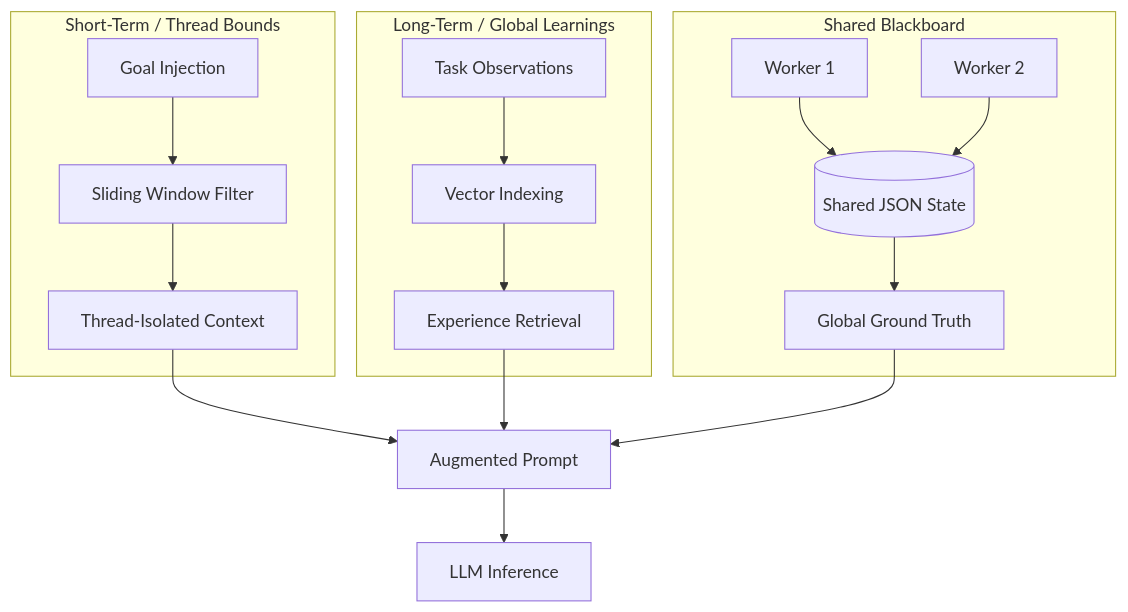
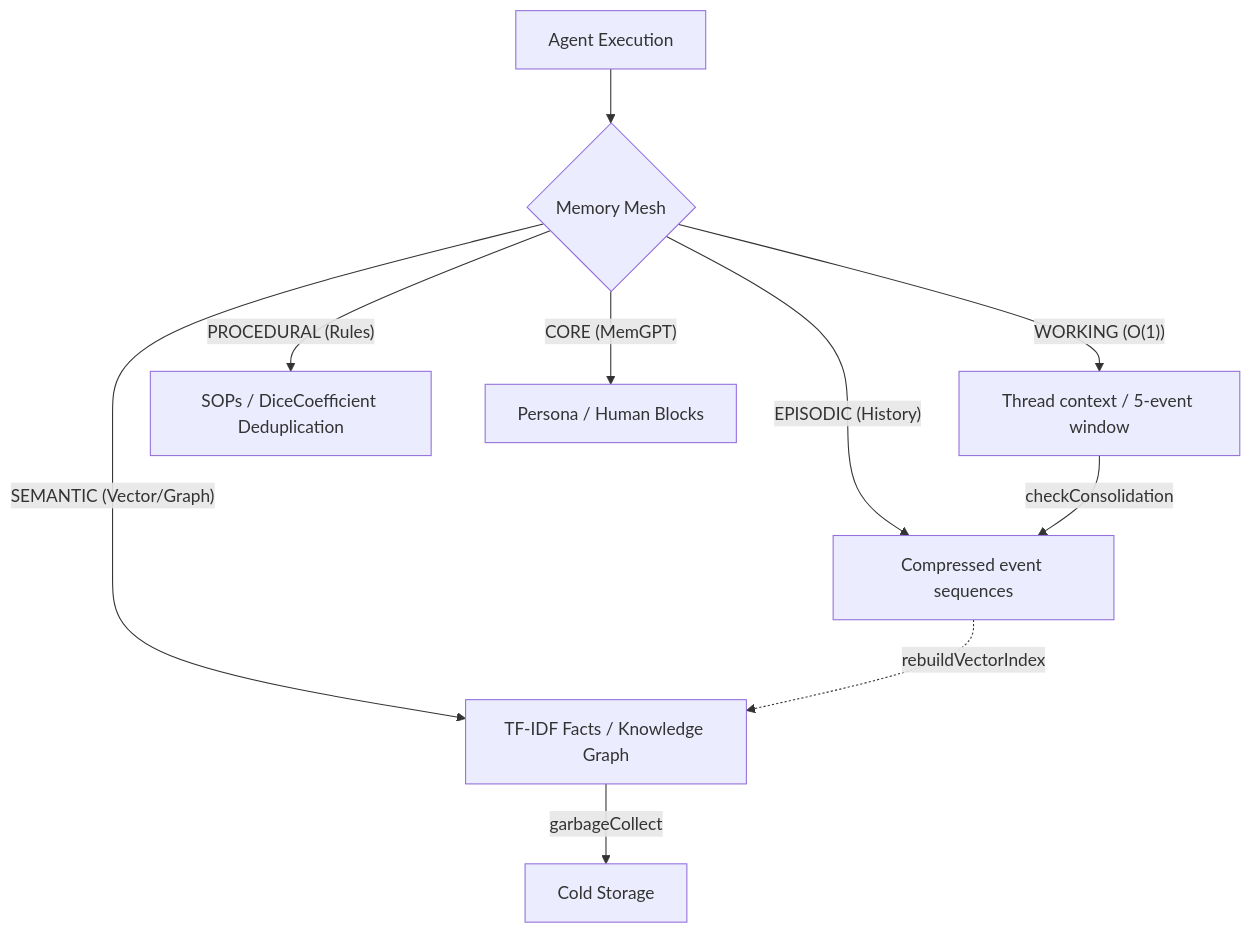
Before and after one commit to vinoth2vinoth/Orchestra: the first of 3 diagrams in readme/memory-layer.md, drawn with Mermaid. The commit also changed other lines of this file and 1089 other files, not shown here.

````diff
--- a/readme/memory-layer.md
+++ b/readme/memory-layer.md
@@ -11,20 +5,14 @@
 ```mermaid
 graph TD
-    subgraph Episodic_Memory [Short-Term / Thread Bounds]
-        A[Goal Injection] --> B[Sliding Window Filter]
-        B --> C[Thread-Isolated Context]
-    end
+    A[Agent Execution] --> B{Memory Mesh}
+    B -- WORKING (O(1)) --> C[Thread context / 5-event window]
+    B -- EPISODIC (History) --> D[Compressed event sequences]
+    B -- SEMANTIC (Vector/Graph) --> E[TF-IDF Facts / Knowledge Graph]
+    B -- PROCEDURAL (Rules) --> F[SOPs / DiceCoefficient Deduplication]
 
-    subgraph Semantic_Memory [Long-Term / Global Learnings]
-        D[Task Observations] --> E[Vector Indexing]
-        E --> F[Experience Retrieval]
-    end
-
-    subgraph Collaborative_Memory [Shared Blackboard]
-        G[Worker 1] & H[Worker 2] --> I[(Shared JSON State)]
-        I --> J[Global Ground Truth]
-    end
-
-    C & F & J --> K[Augmented Prompt]
-    K --> L[LLM Inference]
+    B -- CORE (MemGPT) --> G[Persona / Human Blocks]
+    
+    C -->|checkConsolidation| D
+    E -->|garbageCollect| H[Cold Storage]
+    D -.->|rebuildVectorIndex| E
 ```
````
